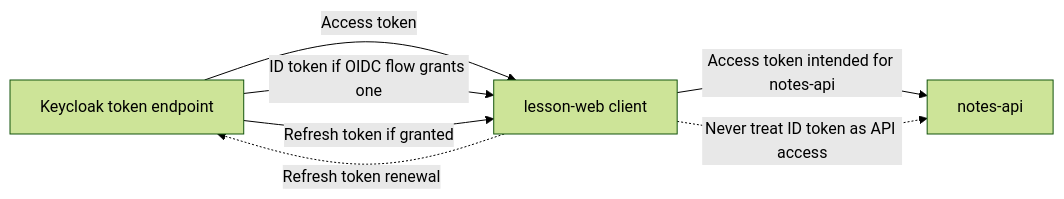
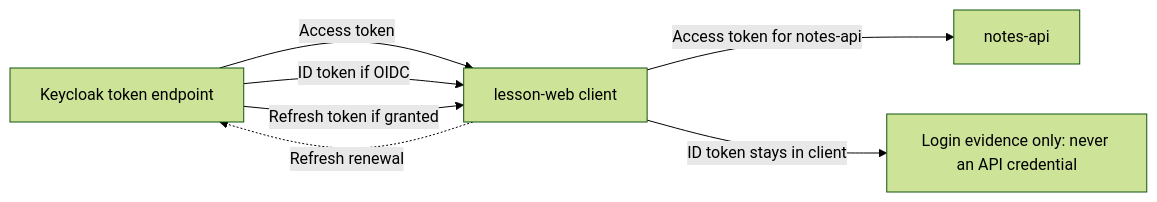
The fourth of 4 diagrams in docs/04-jwt-issuance.md (MSKazemi/security), drawn with Mermaid (forest theme) before and after one commit. The commit also changed 22 other files, not shown here.

First line of the commit message:
Publish complete 17-chapter teaching set: roadmap, flows, device flow, deployment, BFF, keycloak-js and CDN chapters with text-first slides

````diff
--- a/docs/04-jwt-issuance.md
+++ b/docs/04-jwt-issuance.md
@@ -182,9 +182,9 @@
 ```mermaid
 flowchart LR
     K["Keycloak token endpoint"] -->|"Access token"| C["lesson-web client"]
-    K -->|"ID token if OIDC flow grants one"| C
+    K -->|"ID token if OIDC"| C
     K -->|"Refresh token if granted"| C
-    C -->|"Access token intended for notes-api"| API["notes-api"]
-    C -.->|"Refresh token renewal"| K
-    C -.->|"Never treat ID token as API access"| API
+    C -->|"Access token for notes-api"| API["notes-api"]
+    C -.->|"Refresh renewal"| K
+    C -->|"ID token stays in client"| ID["Login evidence only: never an API credential"]
 ```
````
